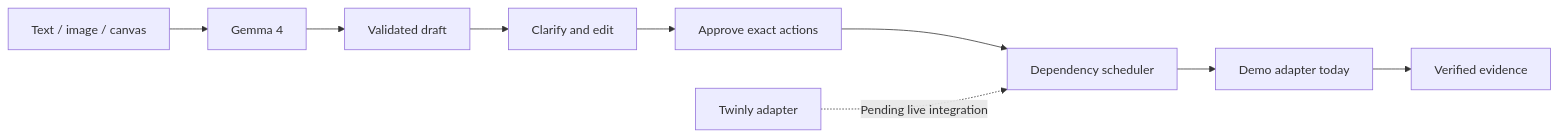
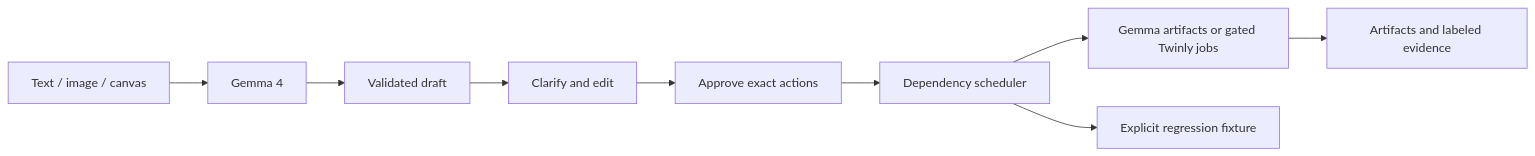
Before and after one commit to parvathinalla/reify: the diagram in README.md, drawn with Mermaid. The commit also changed other lines of this file and 43 other files, not shown here.

Commit message:
Support general workflows and gated Twinly feature execution

````diff
--- a/README.md
+++ b/README.md
@@ -62,11 +62,11 @@
 ```mermaid
 flowchart LR
   A[Text / image / canvas] --> B[Gemma 4]
   B --> C[Validated draft]
   C --> D[Clarify and edit]
   D --> E[Approve exact actions]
   E --> F[Dependency scheduler]
-  F --> G[Demo adapter today]
-  G --> H[Verified evidence]
-  T[Twinly adapter] -. Pending live integration .-> F
+  F --> G[Gemma artifacts or gated Twinly jobs]
+  G --> H[Artifacts and labeled evidence]
+  F --> T[Explicit regression fixture]
 ```
````
